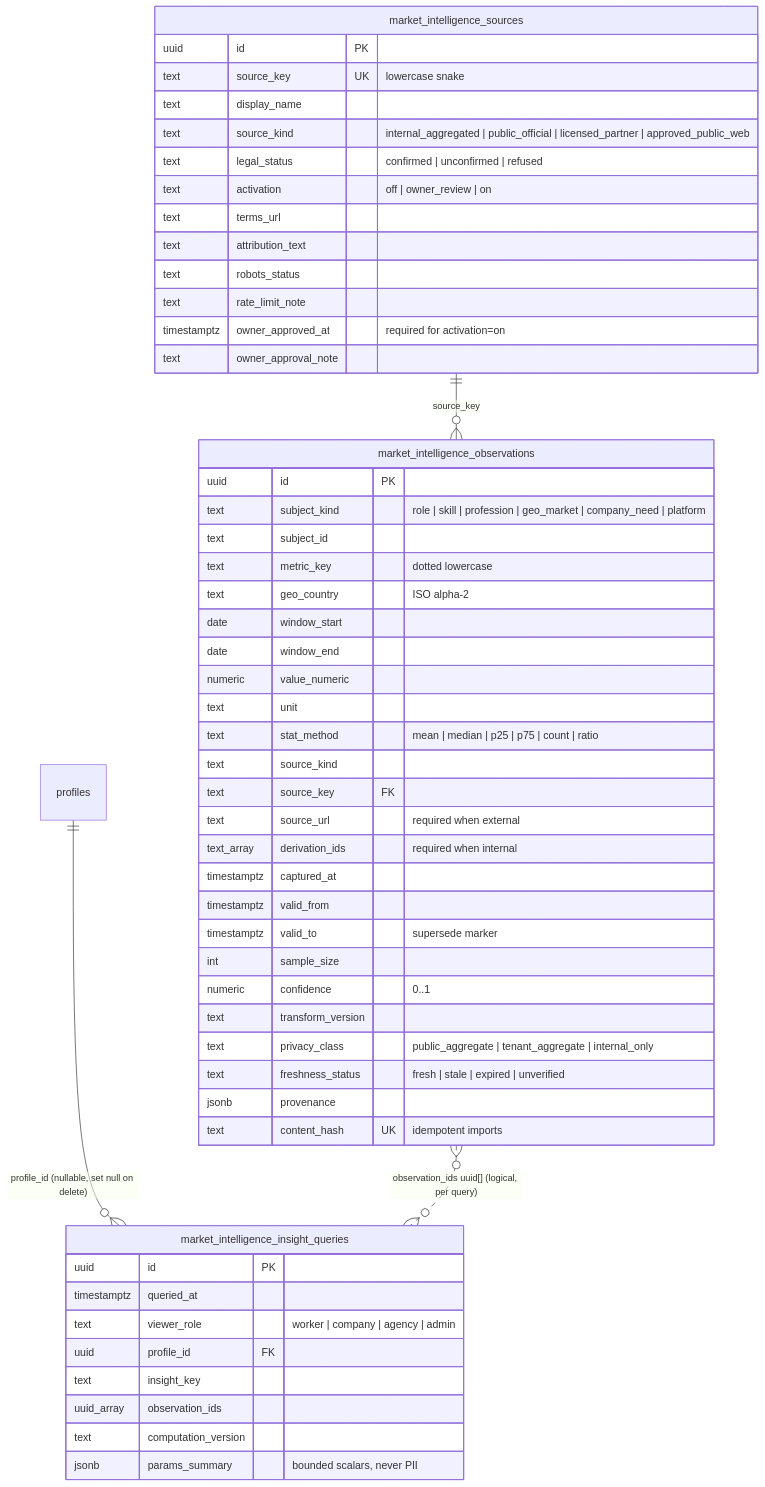
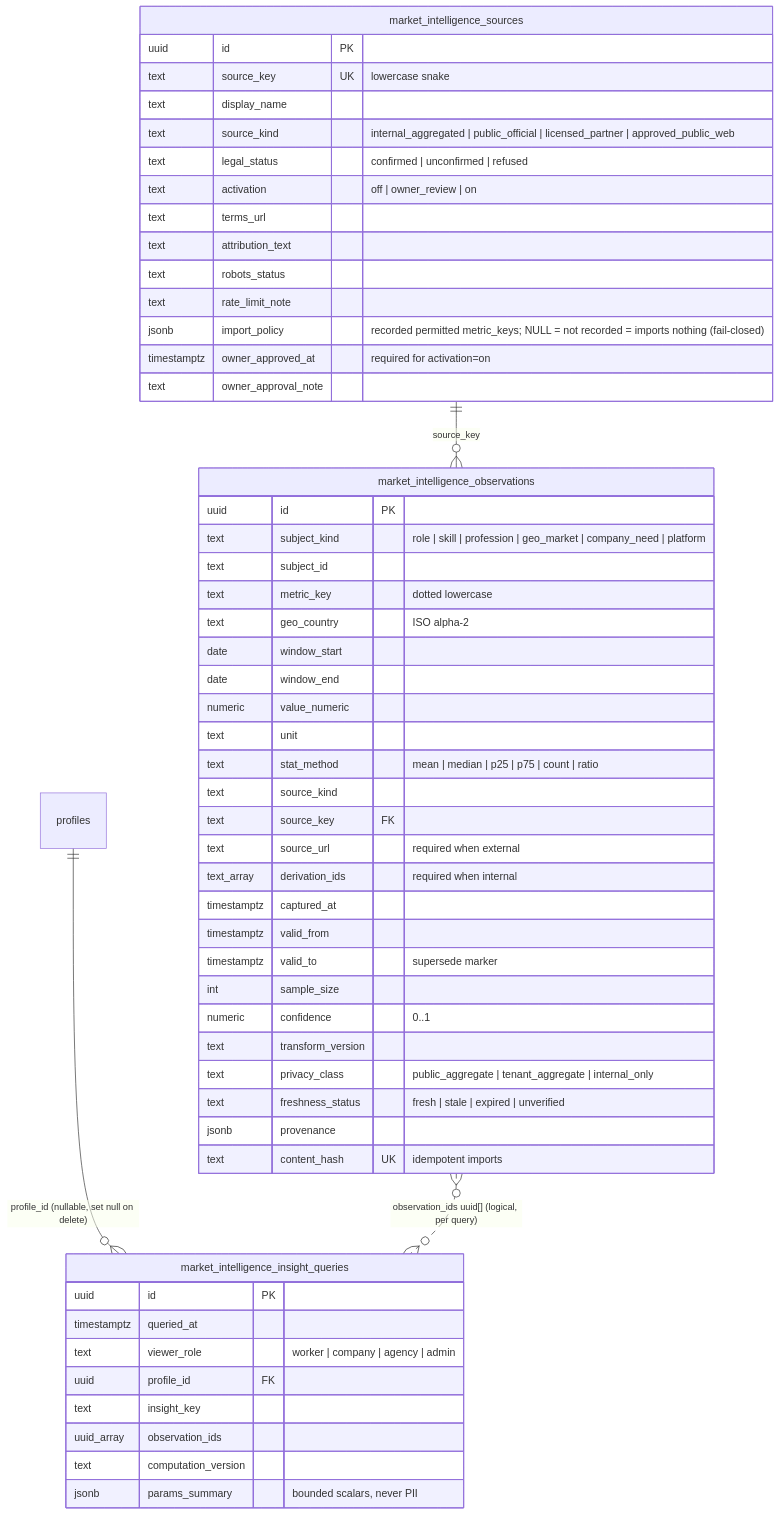
Before and after one commit to bandymuks1-stack/labourmarketai: the second of 2 diagrams in docs/intelligence/labour-market-intelligence-layer-v1.md, drawn with Mermaid. The commit also changed 28 other files, not shown here.

````diff
--- a/docs/intelligence/labour-market-intelligence-layer-v1.md
+++ b/docs/intelligence/labour-market-intelligence-layer-v1.md
@@ -89,59 +89,60 @@
 ```mermaid
 erDiagram
   market_intelligence_sources ||--o{ market_intelligence_observations : "source_key"
   profiles ||--o{ market_intelligence_insight_queries : "profile_id (nullable, set null on delete)"
   market_intelligence_observations }o..o{ market_intelligence_insight_queries : "observation_ids uuid[] (logical, per query)"
 
   market_intelligence_sources {
     uuid id PK
     text source_key UK "lowercase snake"
     text display_name
     text source_kind "internal_aggregated | public_official | licensed_partner | approved_public_web"
     text legal_status "confirmed | unconfirmed | refused"
     text activation "off | owner_review | on"
     text terms_url
     text attribution_text
     text robots_status
     text rate_limit_note
+    jsonb import_policy "recorded permitted metric_keys; NULL = not recorded = imports nothing (fail-closed)"
     timestamptz owner_approved_at "required for activation=on"
     text owner_approval_note
   }
 
   market_intelligence_observations {
     uuid id PK
     text subject_kind "role | skill | profession | geo_market | company_need | platform"
     text subject_id
     text metric_key "dotted lowercase"
     text geo_country "ISO alpha-2"
     date window_start
     date window_end
     numeric value_numeric
     text unit
     text stat_method "mean | median | p25 | p75 | count | ratio"
     text source_kind
     text source_key FK
     text source_url "required when external"
     text_array derivation_ids "required when internal"
     timestamptz captured_at
     timestamptz valid_from
     timestamptz valid_to "supersede marker"
     int sample_size
     numeric confidence "0..1"
     text transform_version
     text privacy_class "public_aggregate | tenant_aggregate | internal_only"
     text freshness_status "fresh | stale | expired | unverified"
     jsonb provenance
     text content_hash UK "idempotent imports"
   }
 
   market_intelligence_insight_queries {
     uuid id PK
     timestamptz queried_at
     text viewer_role "worker | company | agency | admin"
     uuid profile_id FK
     text insight_key
     uuid_array observation_ids
     text computation_version
     jsonb params_summary "bounded scalars, never PII"
   }
 ```
````
